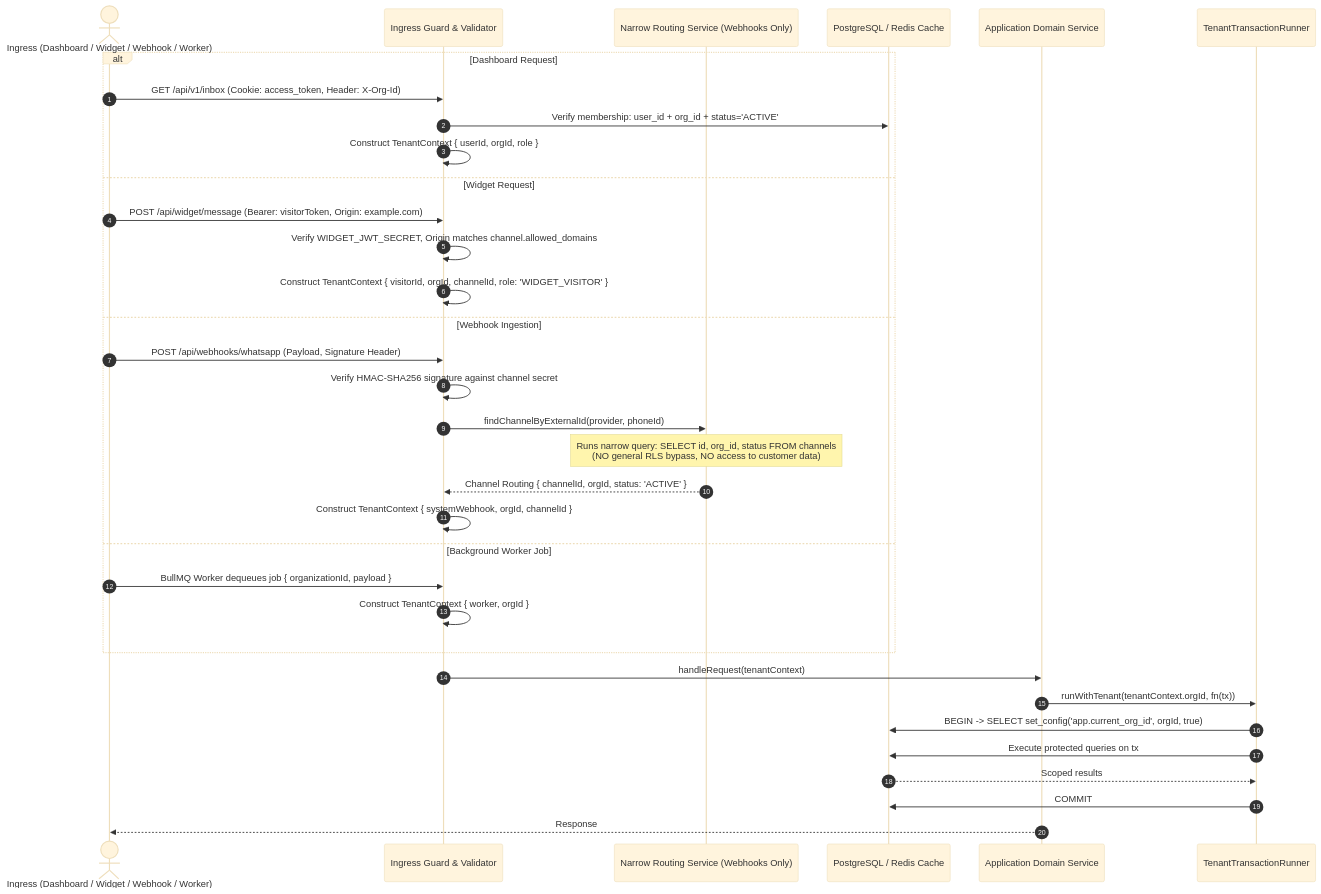
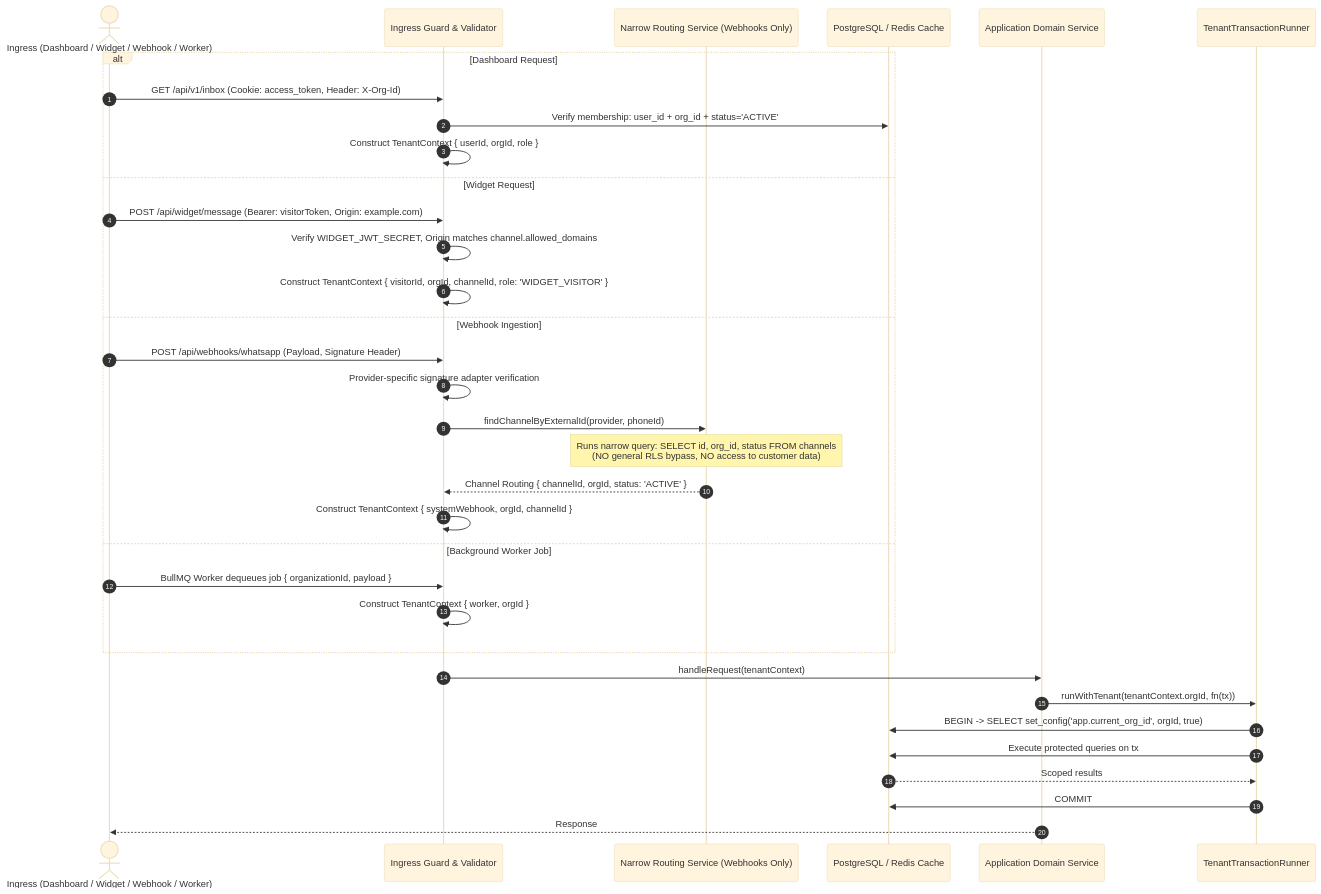
The second of 5 diagrams in docs/ARCHITECTURE.md (HarshParyani33/orbit), drawn with Mermaid (base theme) before and after one commit. The commit also changed other lines of this file, not shown here.

Commit message:
docs: update architecture specification v1.1.1

````diff
--- a/docs/ARCHITECTURE.md
+++ b/docs/ARCHITECTURE.md
@@ -204,38 +204,38 @@
 ```mermaid
 sequenceDiagram
     autonumber
     actor Client as Ingress (Dashboard / Widget / Webhook / Worker)
     participant Gateway as Ingress Guard & Validator
     participant Lookup as Narrow Routing Service (Webhooks Only)
     participant DB as PostgreSQL / Redis Cache
     participant Service as Application Domain Service
     participant Runner as TenantTransactionRunner
 
     alt Dashboard Request
         Client->>Gateway: GET /api/v1/inbox (Cookie: access_token, Header: X-Org-Id)
         Gateway->>DB: Verify membership: user_id + org_id + status='ACTIVE'
         Gateway->>Gateway: Construct TenantContext { userId, orgId, role }
     else Widget Request
         Client->>Gateway: POST /api/widget/message (Bearer: visitorToken, Origin: example.com)
         Gateway->>Gateway: Verify WIDGET_JWT_SECRET, Origin matches channel.allowed_domains
         Gateway->>Gateway: Construct TenantContext { visitorId, orgId, channelId, role: 'WIDGET_VISITOR' }
     else Webhook Ingestion
         Client->>Gateway: POST /api/webhooks/whatsapp (Payload, Signature Header)
-        Gateway->>Gateway: Verify HMAC-SHA256 signature against channel secret
+        Gateway->>Gateway: Provider-specific signature adapter verification
         Gateway->>Lookup: findChannelByExternalId(provider, phoneId)
         Note over Lookup: Runs narrow query: SELECT id, org_id, status FROM channels<br/>(NO general RLS bypass, NO access to customer data)
         Lookup-->>Gateway: Channel Routing { channelId, orgId, status: 'ACTIVE' }
         Gateway->>Gateway: Construct TenantContext { systemWebhook, orgId, channelId }
     else Background Worker Job
         Client->>Gateway: BullMQ Worker dequeues job { organizationId, payload }
         Gateway->>Gateway: Construct TenantContext { worker, orgId }
     end
 
     Gateway->>Service: handleRequest(tenantContext)
     Service->>Runner: runWithTenant(tenantContext.orgId, fn(tx))
     Runner->>DB: BEGIN -> SELECT set_config('app.current_org_id', orgId, true)
     Runner->>DB: Execute protected queries on tx
     DB-->>Runner: Scoped results
     Runner->>DB: COMMIT
     Service-->>Client: Response
 ```
````
